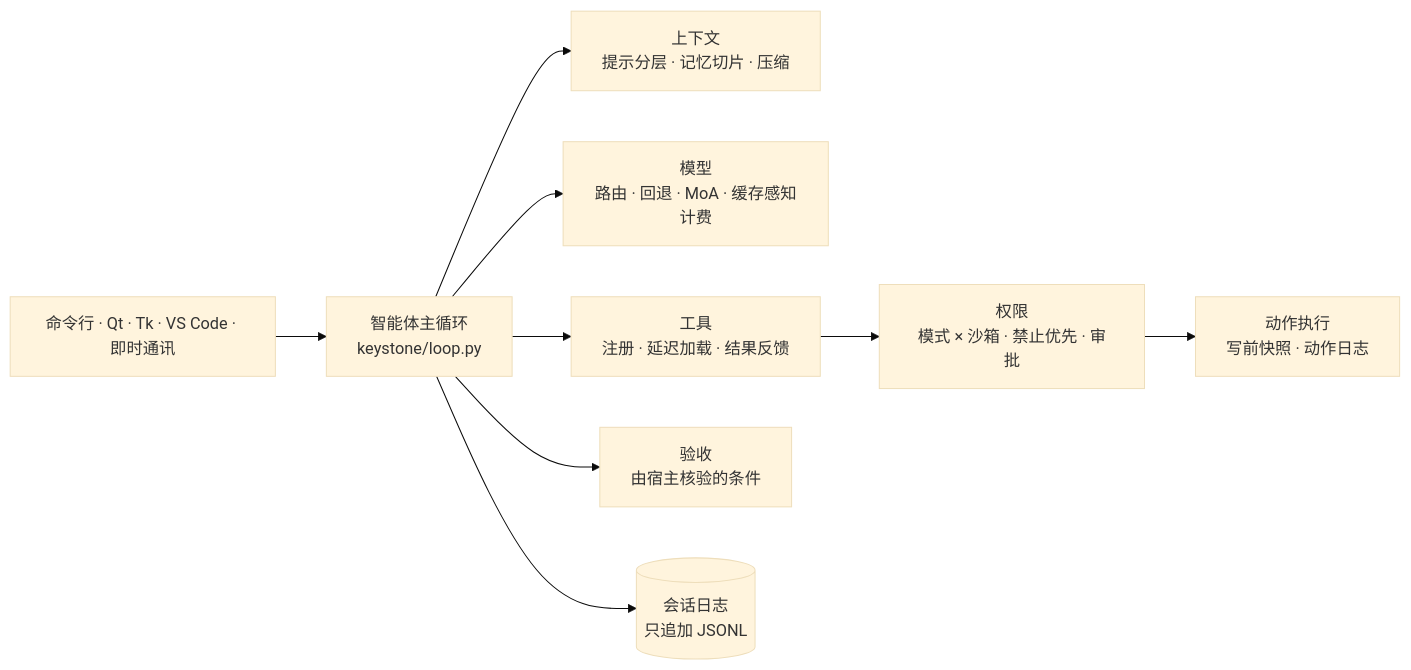
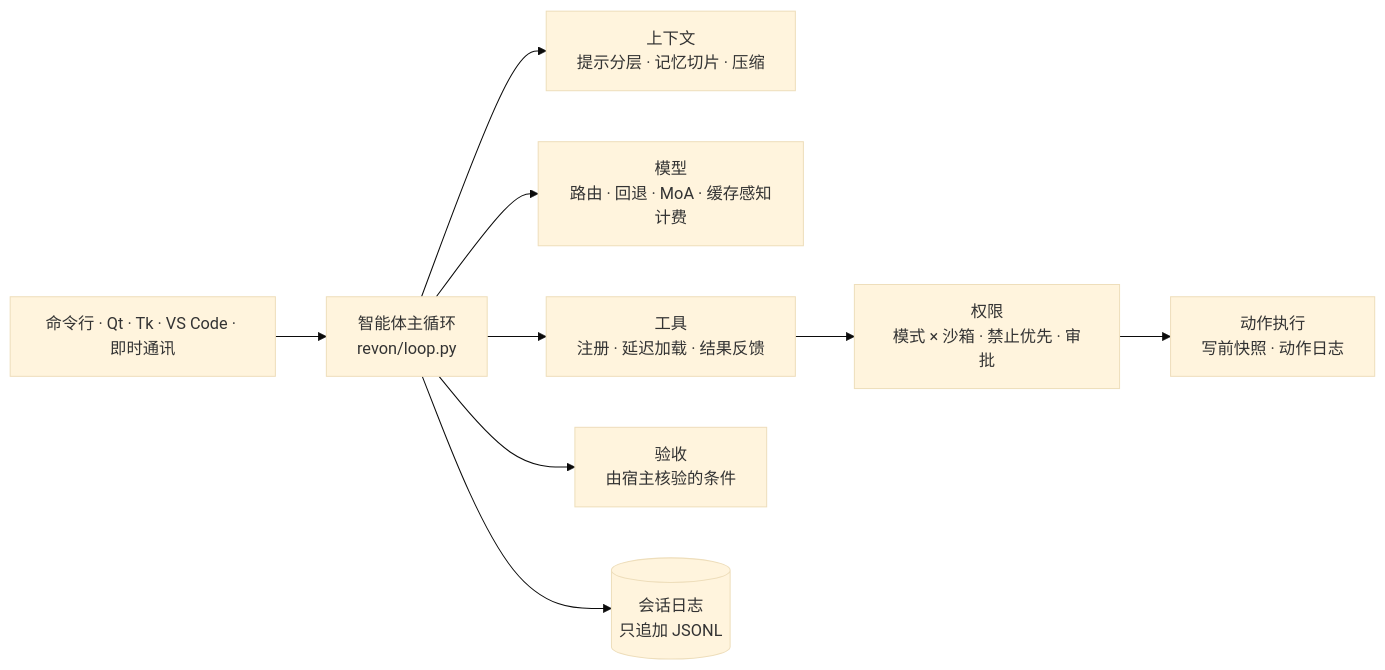
The diagram in README.zh.md (suyunpledge/pledge-evolving), drawn with Mermaid (base theme) before and after one commit. The commit also changed other lines of this file and 1520 other files, not shown here.

````diff
--- a/README.zh.md
+++ b/README.zh.md
@@ -69,11 +69,11 @@
 ```mermaid
 flowchart LR
-    U[命令行 · Qt · Tk · VS Code · 即时通讯] --> L[智能体主循环<br/>keystone/loop.py]
+    U[命令行 · Qt · Tk · VS Code · 即时通讯] --> L[智能体主循环<br/>revon/loop.py]
     L --> C[上下文<br/>提示分层 · 记忆切片 · 压缩]
     L --> M[模型<br/>路由 · 回退 · MoA · 缓存感知计费]
     L --> T[工具<br/>注册 · 延迟加载 · 结果反馈]
     T --> P[权限<br/>模式 × 沙箱 · 禁止优先 · 审批]
     P --> X[动作执行<br/>写前快照 · 动作日志]
     L --> A[验收<br/>由宿主核验的条件]
     L --> S[(会话日志<br/>只追加 JSONL)]
 ```
````
